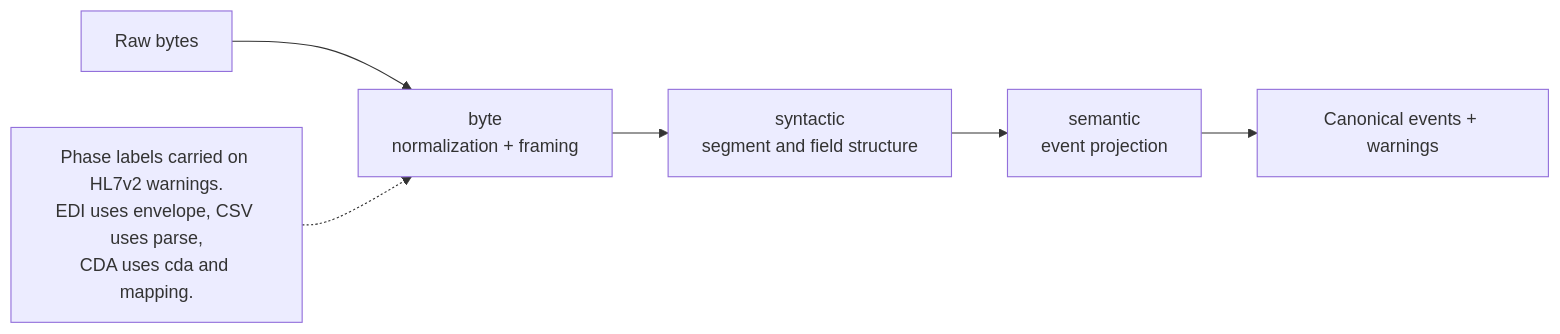
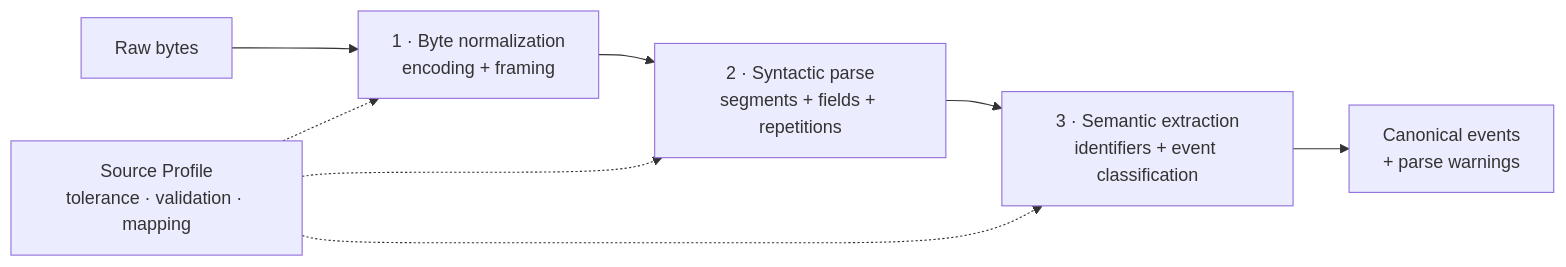
Before and after one commit to crb2nu/fi-fhir: the diagram in docs/mermaid/parsing-phases.mmd, drawn with Mermaid. The commit also changed 16 other files, not shown here.

First line of the commit message:
docs(readme): refresh workspace guide and regenerate diagrams

```diff
--- a/docs/mermaid/parsing-phases.mmd
+++ b/docs/mermaid/parsing-phases.mmd
@@ -1,8 +1,11 @@
 flowchart LR
-  RAW[Raw bytes] --> B[byte<br/>normalization + framing]
-  B --> S[syntactic<br/>segment and field structure]
-  S --> E[semantic<br/>event projection]
-  E --> EV[Canonical events + warnings]
-
-  NOTE[Phase labels carried on HL7v2 warnings.<br/>EDI uses envelope, CSV uses parse,<br/>CDA uses cda and mapping.]
-  NOTE -.-> B
+  accTitle: Profile-driven HL7v2 parsing
+  accDescr: A Source Profile controls byte normalization, syntactic parsing, and semantic extraction. The result includes canonical events and recoverable warnings.
+  RAW["Raw bytes"] --> B["1 · Byte normalization<br/>encoding + framing"]
+  B --> S["2 · Syntactic parse<br/>segments + fields + repetitions"]
+  S --> E["3 · Semantic extraction<br/>identifiers + event classification"]
+  E --> EV["Canonical events<br/>+ parse warnings"]
+  PROFILE["Source Profile<br/>tolerance · validation · mapping"]
+  PROFILE -.-> B
+  PROFILE -.-> S
+  PROFILE -.-> E
```
